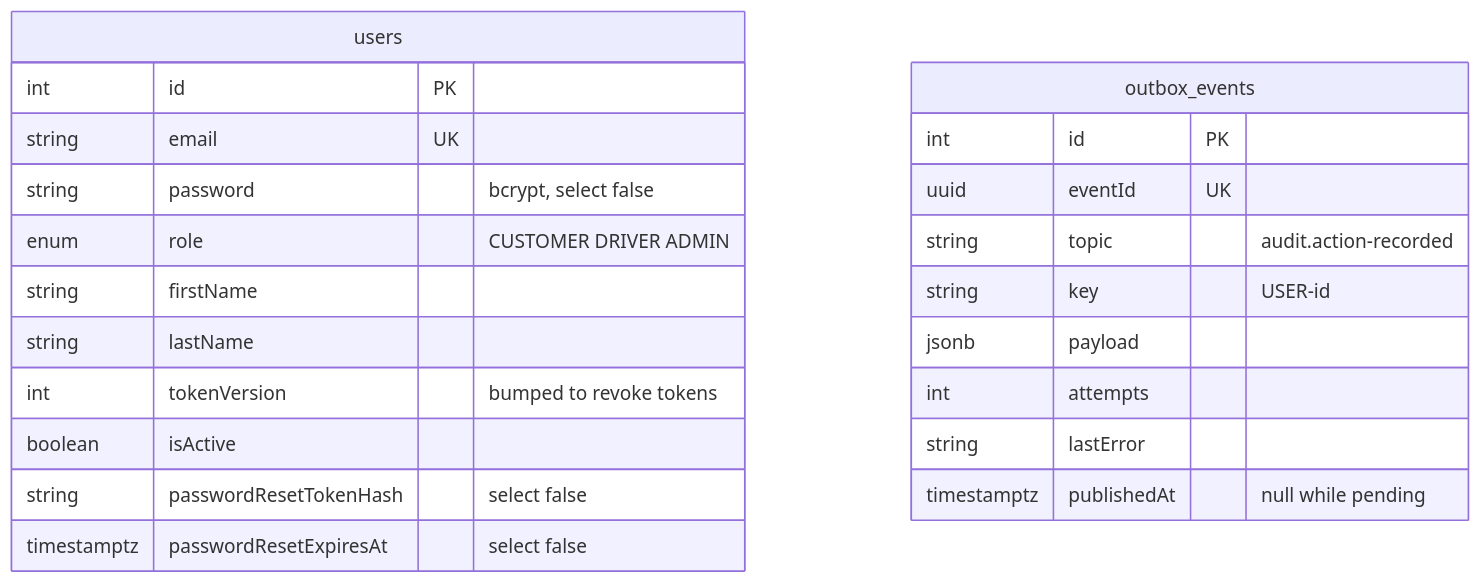
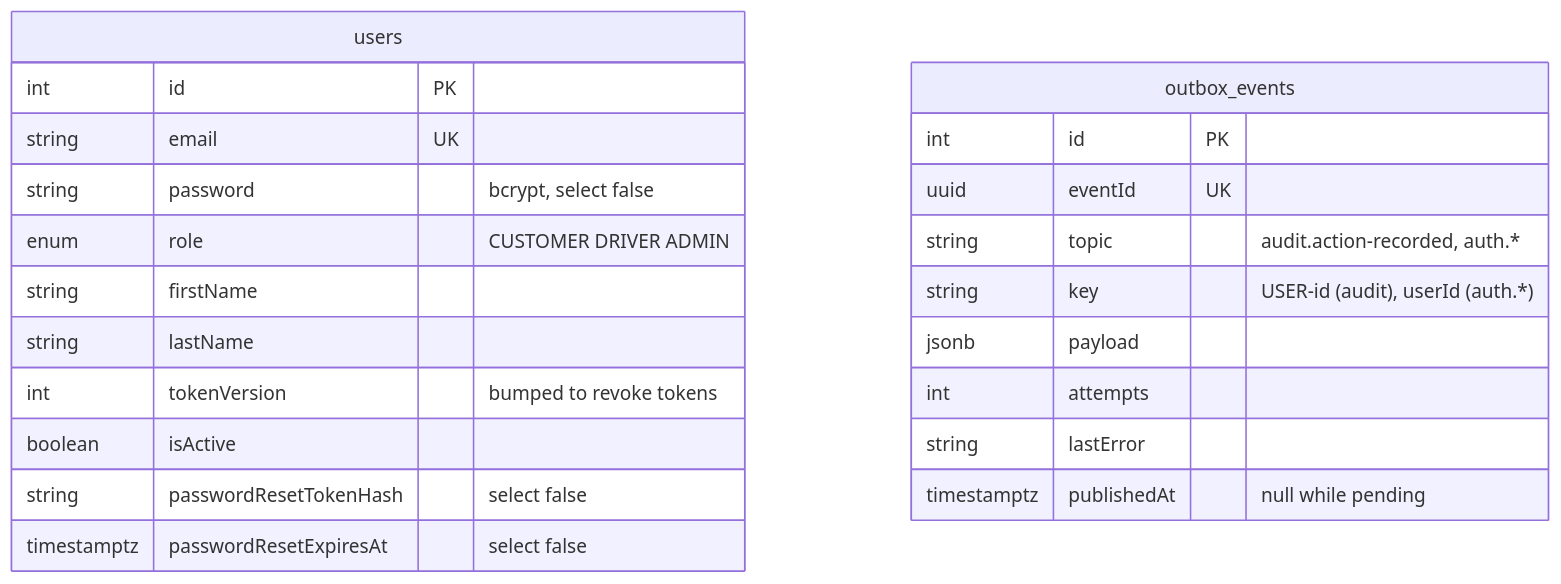
Before and after one commit to Mohammed-Taysser/masr3: the second of 7 diagrams in docs/services/auth-service.md, drawn with Mermaid. The commit also changed other lines of this file and 66 other files, not shown here.

````diff
--- a/docs/services/auth-service.md
+++ b/docs/services/auth-service.md
@@ -37,25 +63,25 @@
 ```mermaid
 erDiagram
   users {
     int id PK
     string email UK
     string password "bcrypt, select false"
     enum role "CUSTOMER DRIVER ADMIN"
     string firstName
     string lastName
     int tokenVersion "bumped to revoke tokens"
     boolean isActive
     string passwordResetTokenHash "select false"
     timestamptz passwordResetExpiresAt "select false"
   }
   outbox_events {
     int id PK
     uuid eventId UK
-    string topic "audit.action-recorded"
-    string key "USER-id"
+    string topic "audit.action-recorded, auth.*"
+    string key "USER-id (audit), userId (auth.*)"
     jsonb payload
     int attempts
     string lastError
     timestamptz publishedAt "null while pending"
   }
 ```
````
